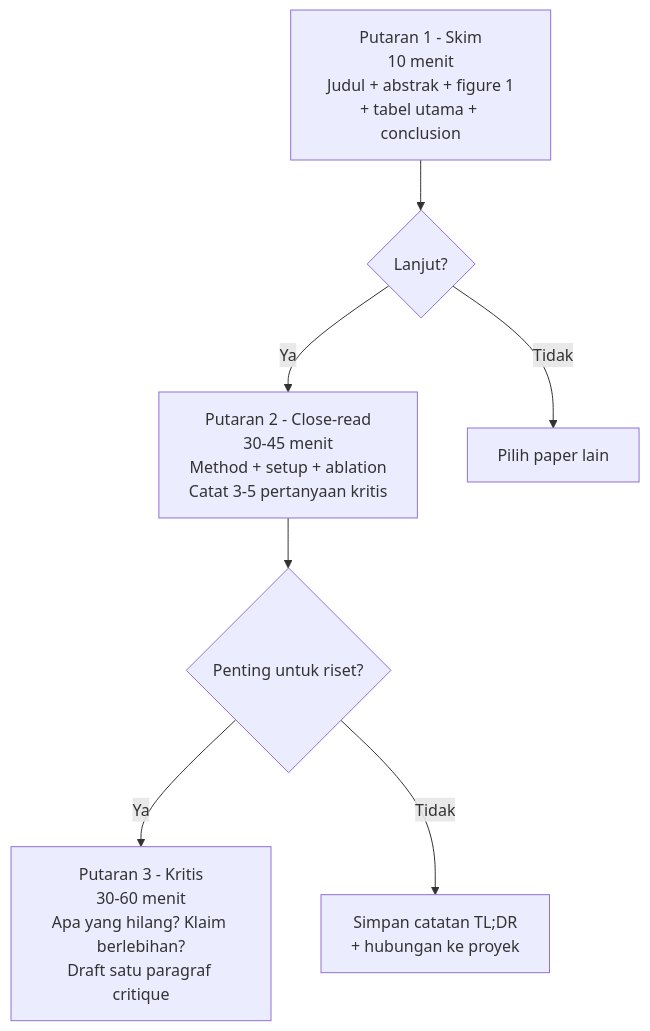
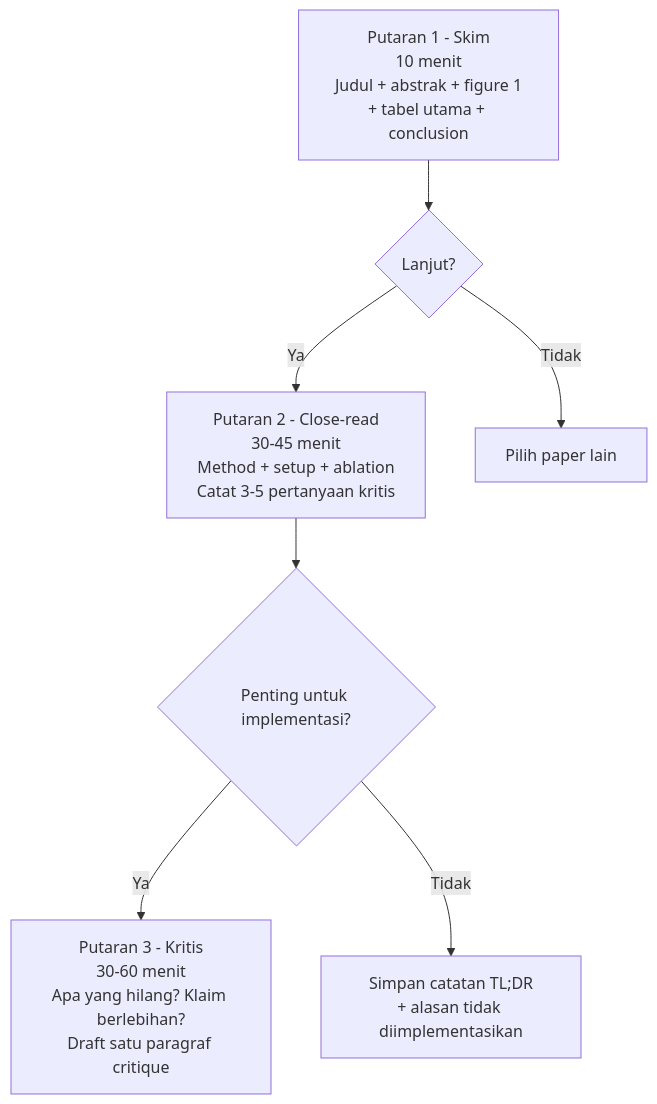
The diagram in ModulePembelajaran/10_W10_Paper_Reading.md (muhammad-zainal-muttaqin/ModulePembelajaran), drawn with Mermaid before and after one commit. The commit also changed other lines of this file and 1 other file, not shown here.

````diff
--- a/ModulePembelajaran/10_W10_Paper_Reading.md
+++ b/ModulePembelajaran/10_W10_Paper_Reading.md
@@ -91,9 +114,9 @@
 ```mermaid
 flowchart TB
     A[Putaran 1 - Skim\n10 menit\nJudul + abstrak + figure 1\n+ tabel utama + conclusion] --> B{Lanjut?}
     B -- Ya --> C[Putaran 2 - Close-read\n30-45 menit\nMethod + setup + ablation\nCatat 3-5 pertanyaan kritis]
     B -- Tidak --> D[Pilih paper lain]
-    C --> E{Penting untuk riset?}
+    C --> E{Penting untuk implementasi?}
     E -- Ya --> F[Putaran 3 - Kritis\n30-60 menit\nApa yang hilang? Klaim berlebihan?\nDraft satu paragraf critique]
-    E -- Tidak --> G[Simpan catatan TL;DR\n+ hubungan ke proyek]
+    E -- Tidak --> G[Simpan catatan TL;DR\n+ alasan tidak diimplementasikan]
 ```
````
